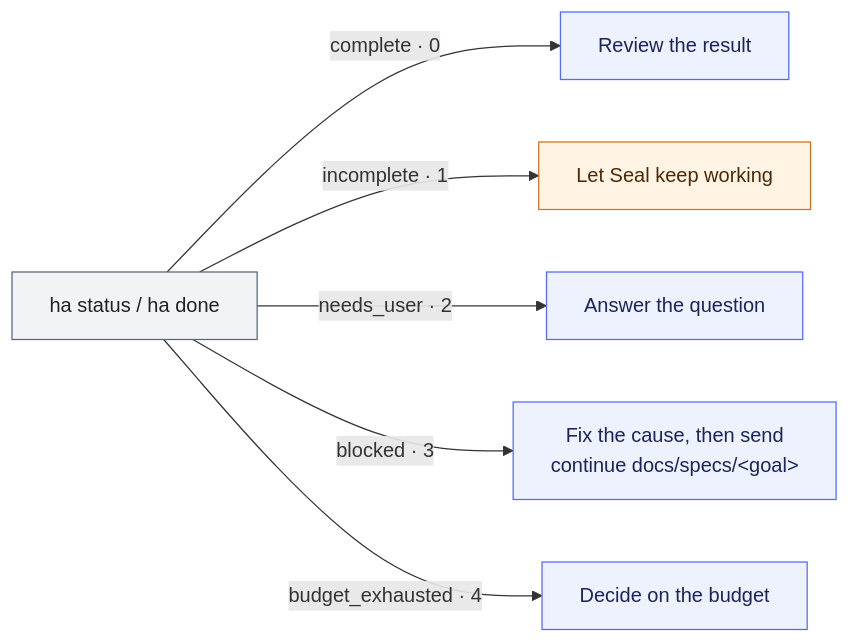
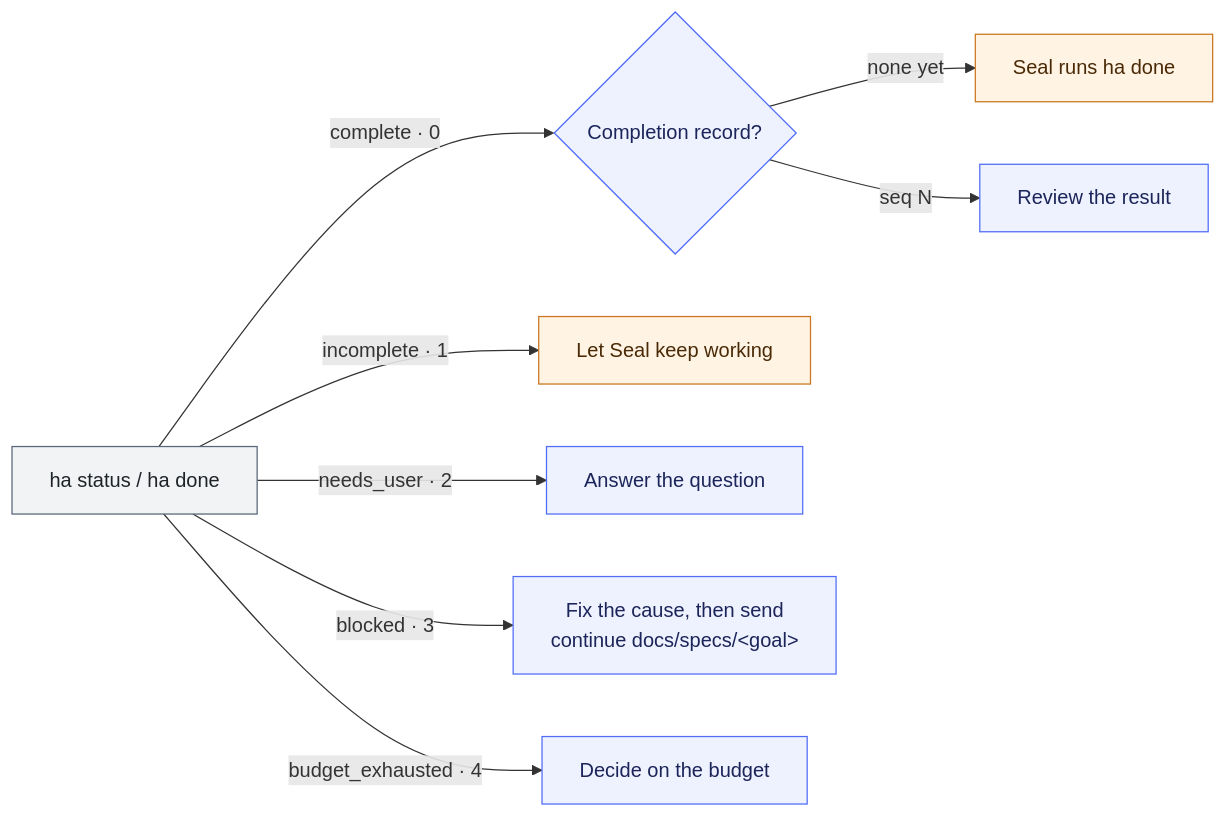
Before and after one commit to jgoneit/jaekit: the diagram in guides/USAGE.en.md, drawn with Mermaid. The commit also changed other lines of this file and 1 other file, not shown here.

Commit message:
docs: route a status-only complete through ha done in the usage diagram
ha status reports complete once the required conditions are met, even
before a completion record exists; completion still needs ha done
(contracts/run-record.md §4.3). The usage guides' diagram now asks
whether a completion record exists: none yet leads to Seal running
ha done, a record leads to reviewing the result. The text above the
diagram says the same.

````diff
--- a/guides/USAGE.en.md
+++ b/guides/USAGE.en.md
@@ -64,14 +64,16 @@
 ```mermaid
 flowchart LR
-    S["ha status / ha done"] -->|complete · 0| C["Review the result"]
+    S["ha status / ha done"] -->|complete · 0| R{"Completion record?"}
+    R -->|"none yet"| D["Seal runs ha done"]
+    R -->|"seq N"| C["Review the result"]
     S -->|incomplete · 1| I["Let Seal keep working"]
     S -->|needs_user · 2| U["Answer the question"]
     S -->|blocked · 3| B["Fix the cause, then send<br/>continue docs/specs/#lt;goal#gt;"]
     S -->|budget_exhausted · 4| E["Decide on the budget"]
     classDef you fill:#EEF1FE,stroke:#4F6CF7,color:#1B2559
     classDef sealStep fill:#FFF3E3,stroke:#C9761F,color:#4A2A06
     classDef record fill:#F1F3F5,stroke:#596579,color:#1F2328
     class S record
-    class C,U,B,E you
-    class I sealStep
+    class C,U,B,E,R you
+    class I,D sealStep
 ```
````
